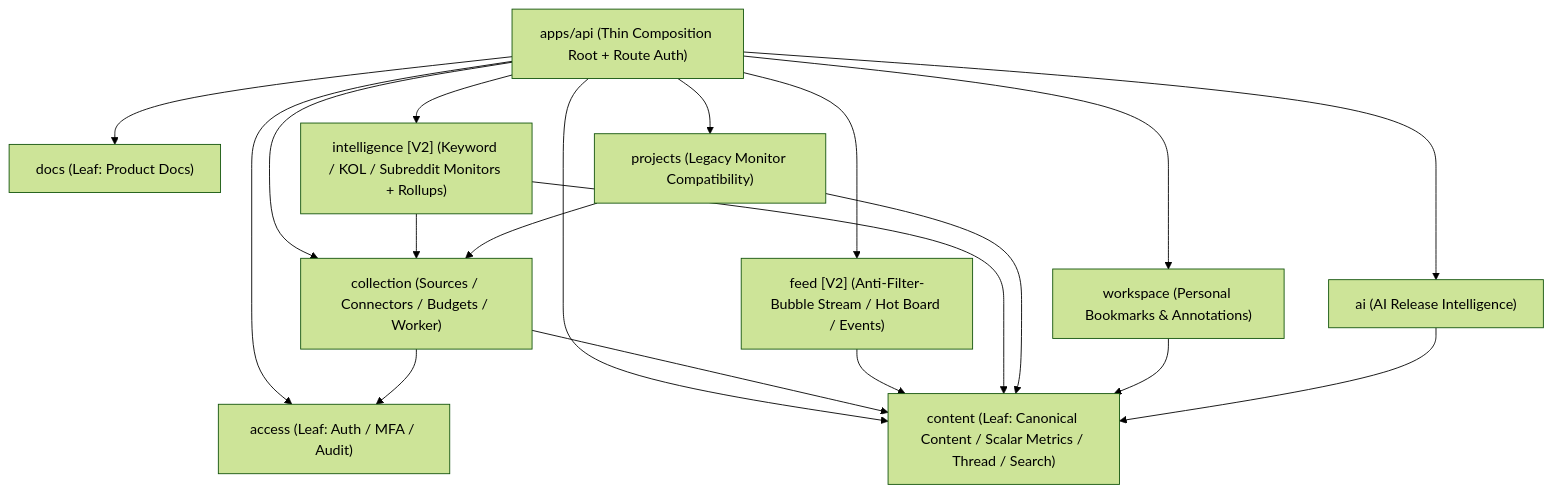
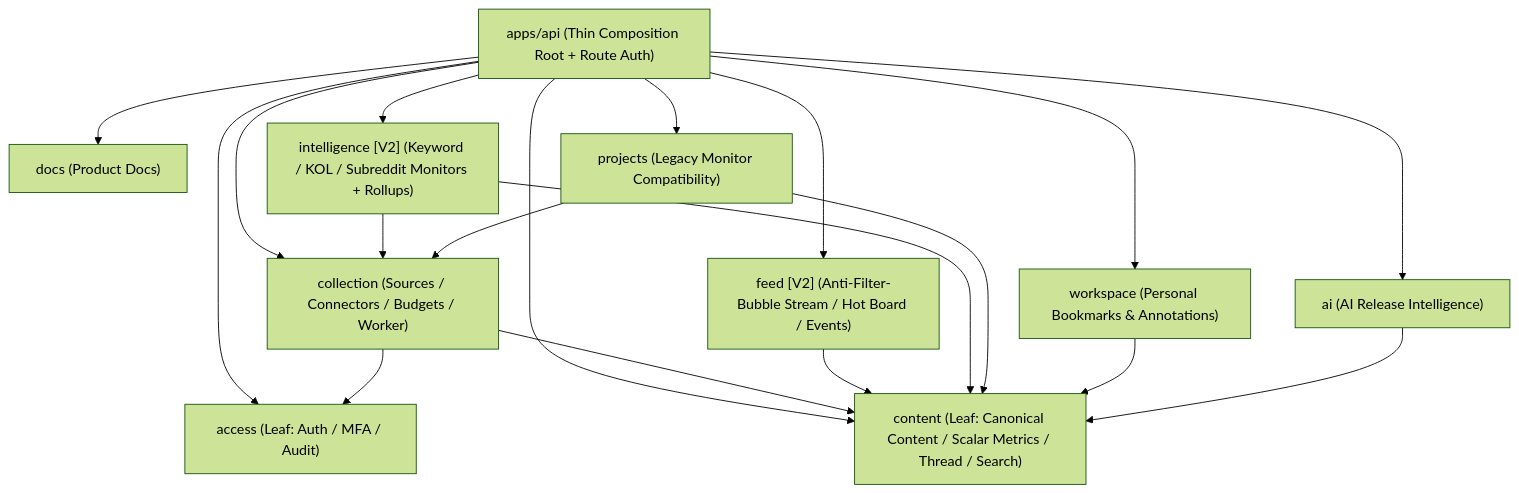
The diagram in docs/architecture.md (Euroish/reddit-monitoring-mvp), drawn with Mermaid (forest theme) before and after one commit. The commit also changed other lines of this file and 20 other files, not shown here.

````diff
--- a/docs/architecture.md
+++ b/docs/architecture.md
@@ -33,22 +35,22 @@
 ```mermaid
 flowchart TD
   APP["apps/api (Thin Composition Root + Route Auth)"] --> ACCESS["access (Leaf: Auth / MFA / Audit)"]
-  APP --> DOCS["docs (Leaf: Product Docs)"]
+  APP --> DOCS["docs (Product Docs)"]
   APP --> CONTENT["content (Leaf: Canonical Content / Scalar Metrics / Thread / Search)"]
   APP --> COLLECTION["collection (Sources / Connectors / Budgets / Worker)"]
   APP --> FEED["feed [V2] (Anti-Filter-Bubble Stream / Hot Board / Events)"]
   APP --> INTEL["intelligence [V2] (Keyword / KOL / Subreddit Monitors + Rollups)"]
   APP --> PROJECTS["projects (Legacy Monitor Compatibility)"]
   APP --> WORKSPACE["workspace (Personal Bookmarks & Annotations)"]
   APP --> AI["ai (AI Release Intelligence)"]
 
   COLLECTION --> ACCESS
   COLLECTION --> CONTENT
   FEED --> CONTENT
   INTEL --> CONTENT
   INTEL --> COLLECTION
   PROJECTS --> CONTENT
   PROJECTS --> COLLECTION
   WORKSPACE --> CONTENT
   AI --> CONTENT
 ```
````
